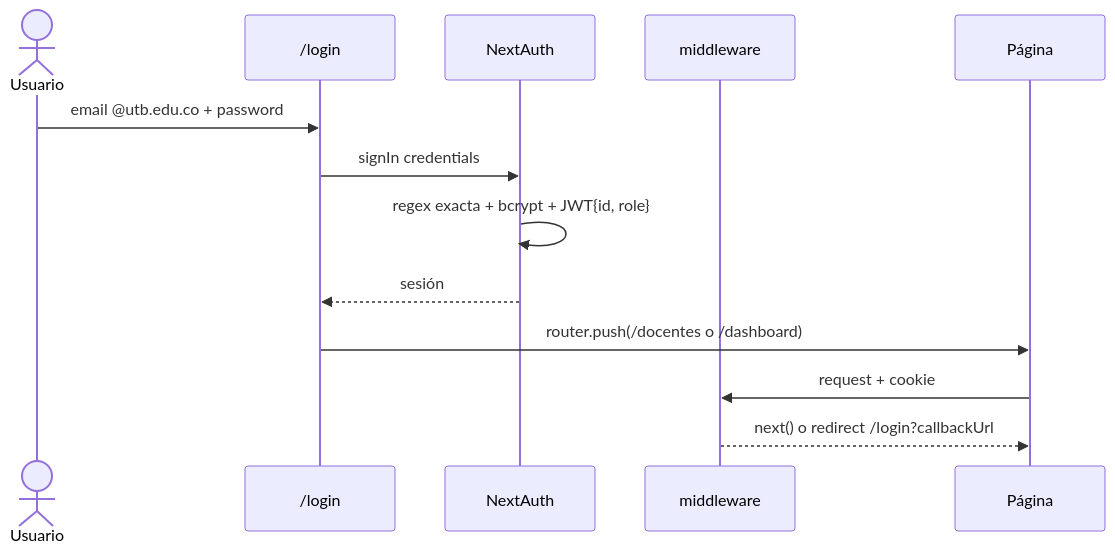
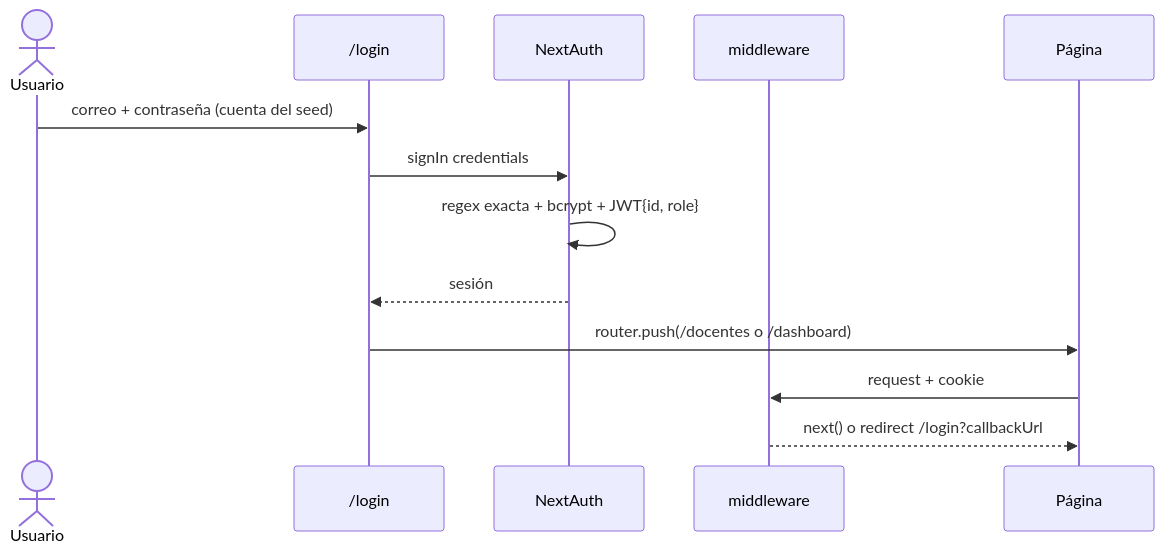
One commit to LuisFelipe634/LevelUTB changed the third of 6 diagrams in docs/arc42.md. Above: the diagram before and after it, drawn with Mermaid. The commit also changed other lines of this file and 3 other files, not shown here.

````diff
--- a/docs/arc42.md
+++ b/docs/arc42.md
@@ -177,15 +158,15 @@
 ```mermaid
 sequenceDiagram
     actor U as Usuario
     participant L as /login
     participant NA as NextAuth
     participant MW as middleware
     participant P as Página
-    U->>L: email @utb.edu.co + password
+    U->>L: correo + contraseña (cuenta del seed)
     L->>NA: signIn credentials
     NA->>NA: regex exacta + bcrypt + JWT{id, role}
     NA-->>L: sesión
     L->>P: router.push(/docentes o /dashboard)
     P->>MW: request + cookie
     MW-->>P: next() o redirect /login?callbackUrl
 ```
````
